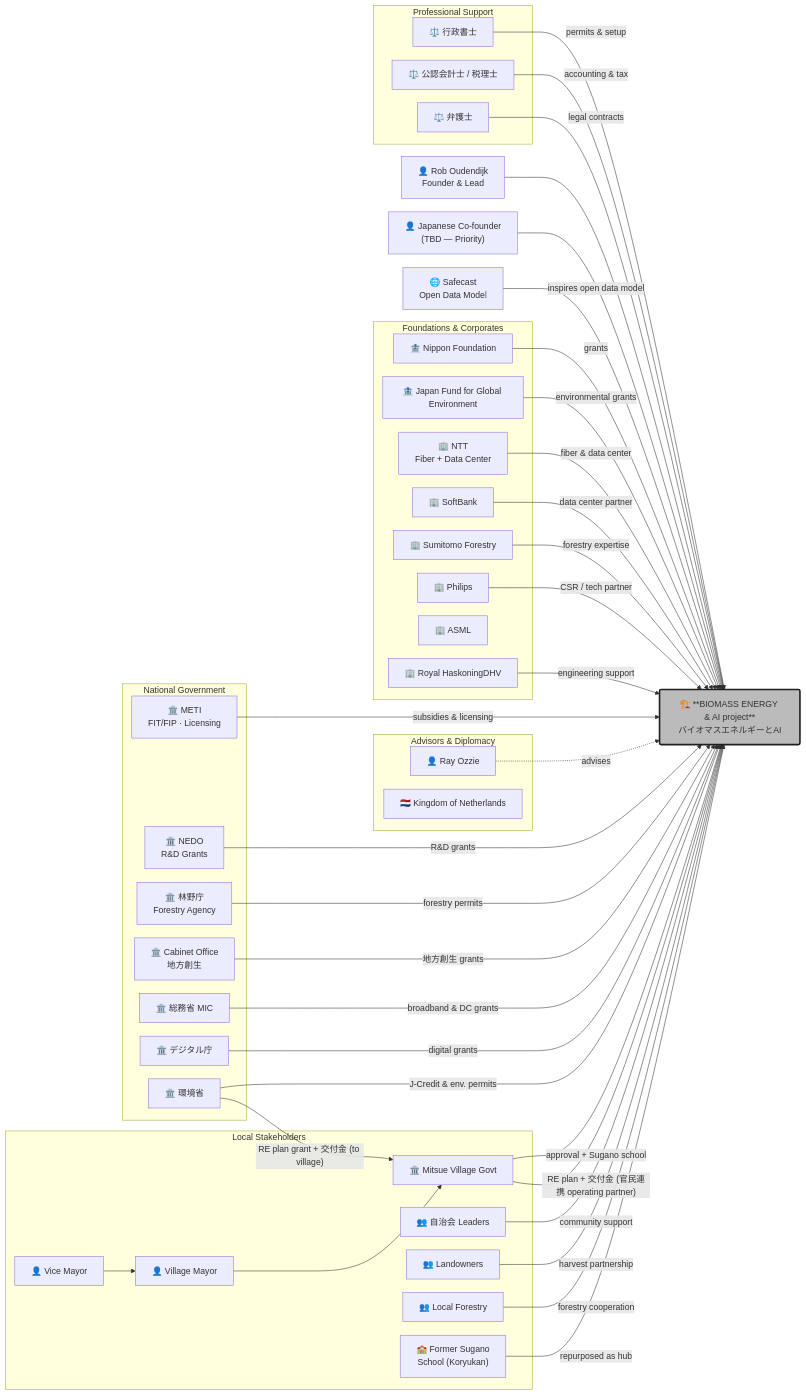
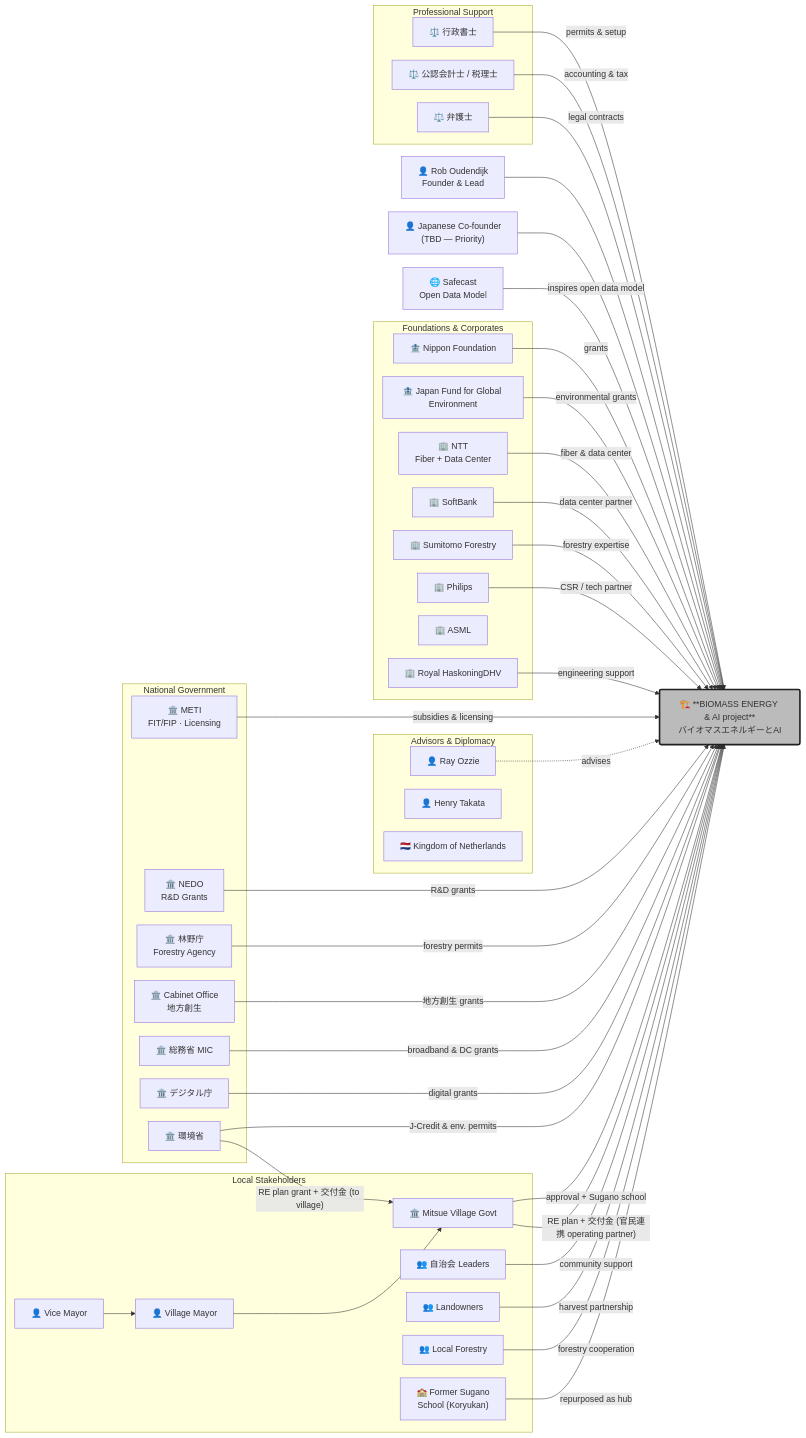
The diagram in docs/marketing/mitsue_stakeholders.md (robouden/mitsue-ai-data-center), drawn with Mermaid before and after one commit. The commit also changed other lines of this file and 8 other files, not shown here.

First line of the commit message:
Add Henry Seiichi Takata (SynTech Japan) as biomass-CHP advisor

```diff
--- a/docs/marketing/mitsue_stakeholders.md
+++ b/docs/marketing/mitsue_stakeholders.md
@@ -152,6 +153,7 @@
 
     subgraph Advisors["Advisors & Diplomacy"]
         RAY["👤 Ray Ozzie"]
+        HENRY["👤 Henry Takata"]
         NL["🇳🇱 Kingdom of Netherlands"]
     end
 
```
